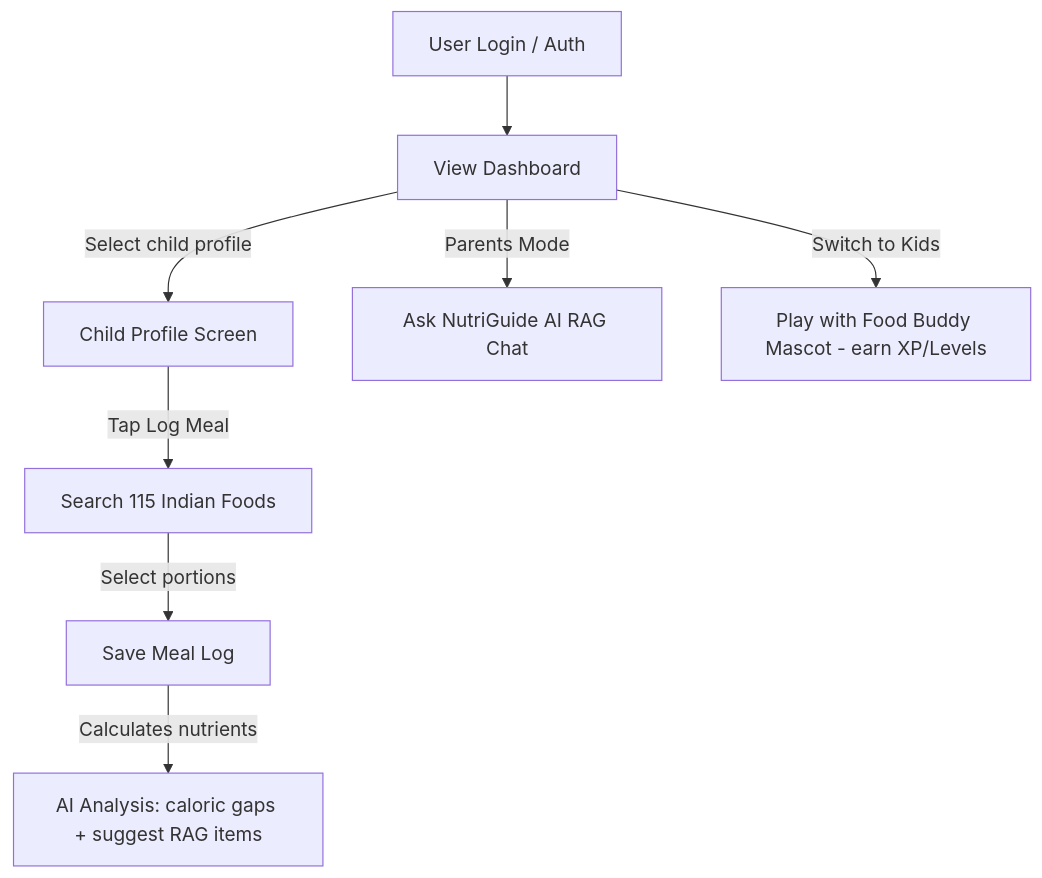
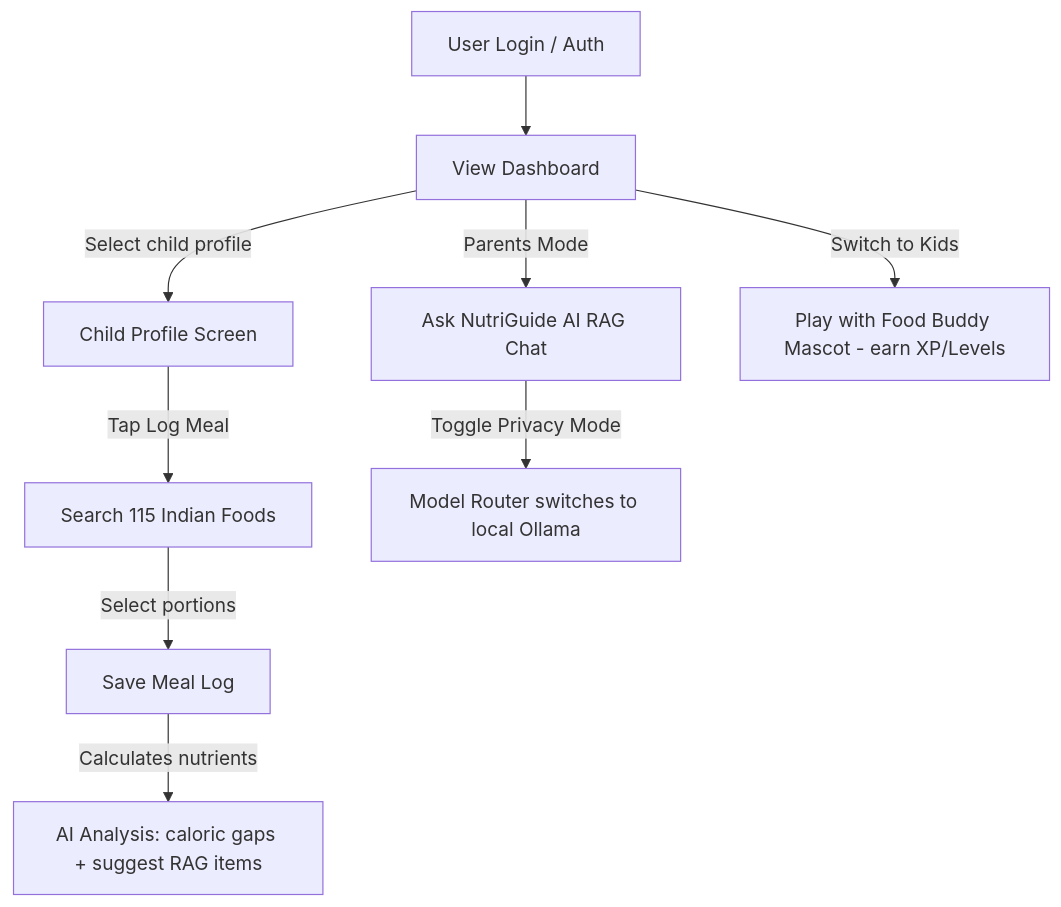
The sixth of 6 diagrams in docs/project_specification.md (KidsNutriBite/NutriBite), drawn with Mermaid before and after one commit. The commit also changed other lines of this file and 6 other files, not shown here.

First line of the commit message:
docs: add architecture documentation, service map, model flow, and PR summary

````diff
--- a/docs/project_specification.md
+++ b/docs/project_specification.md
@@ -401,10 +451,11 @@
 ```mermaid
 graph TD
     Start[User Login / Auth] --> Dashboard[View Dashboard]
     Dashboard -->|Select child profile| ChildView[Child Profile Screen]
     ChildView -->|Tap Log Meal| SearchFood[Search 115 Indian Foods]
     SearchFood -->|Select portions| ConfMeal[Save Meal Log]
     ConfMeal -->|Calculates nutrients| AIAnalysis[AI Analysis: caloric gaps + suggest RAG items]
     Dashboard -->|Parents Mode| NutriGuide[Ask NutriGuide AI RAG Chat]
+    NutriGuide -->|Toggle Privacy Mode| LocalOllama[Model Router switches to local Ollama]
     Dashboard -->|Switch to Kids| FoodBuddy[Play with Food Buddy Mascot - earn XP/Levels]
 ```
````
